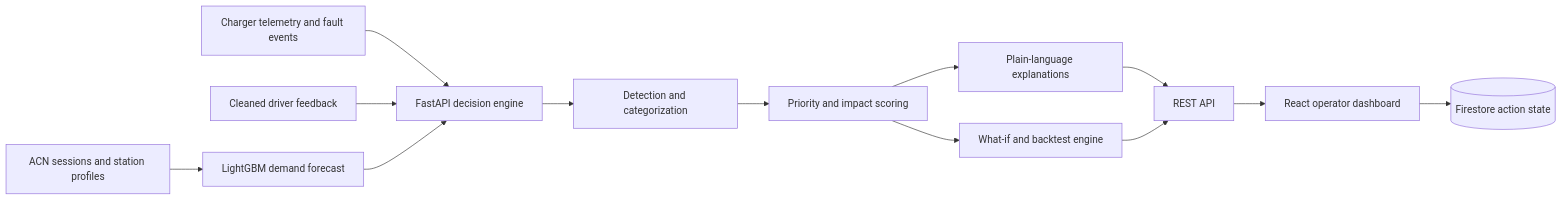
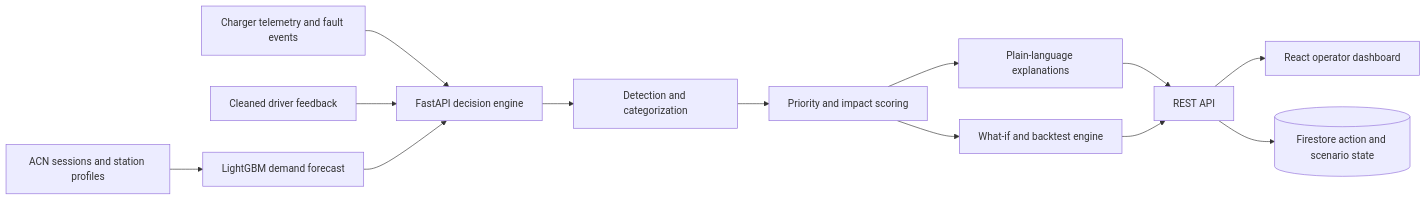
Before and after one commit to Lynn662312/AmpWise: the diagram in README.md, drawn with Mermaid. The commit also changed other lines of this file, not shown here.

````diff
--- a/README.md
+++ b/README.md
@@ -77,15 +73,15 @@
 ```mermaid
 flowchart LR
     A[ACN sessions and station profiles] --> M[LightGBM demand forecast]
     B[Charger telemetry and fault events] --> P[FastAPI decision engine]
     C[Cleaned driver feedback] --> P
     M --> P
     P --> D[Detection and categorization]
     D --> R[Priority and impact scoring]
     R --> E[Plain-language explanations]
     R --> W[What-if and backtest engine]
     E --> API[REST API]
     W --> API
     API --> UI[React operator dashboard]
-    UI --> F[(Firestore action state)]
+    API --> F[(Firestore action and scenario state)]
 ```
````
